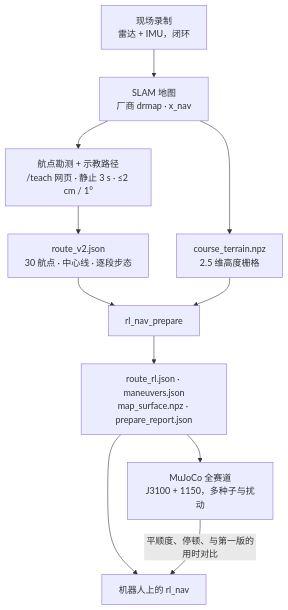
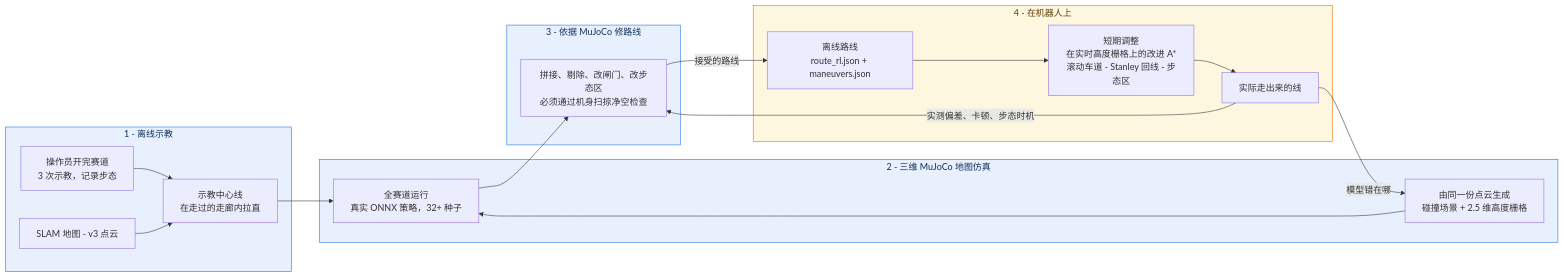
One commit to bowenwan6/goai26-s10-racing changed the third of 9 diagrams in README.zh.md. Above: the diagram before and after it, drawn with Mermaid. The commit also changed other lines of this file and 4 other files, not shown here.

````diff
--- a/README.zh.md
+++ b/README.zh.md
@@ -169,13 +171,36 @@
 ```mermaid
-flowchart TD
-  REC["现场录制<br/>雷达 + IMU，闭环"] --> MAP["SLAM 地图<br/>厂商 drmap · x_nav"]
-  MAP --> SURVEY["航点勘测 + 示教路径<br/>/teach 网页 · 静止 3 s · ≤2 cm / 1°"]
-  MAP --> TERR["course_terrain.npz<br/>2.5 维高度栅格"]
-  SURVEY --> ROUTE["route_v2.json<br/>30 航点 · 中心线 · 逐段步态"]
-  ROUTE --> PREP["rl_nav_prepare"]
-  TERR --> PREP
-  PREP --> ART["route_rl.json · maneuvers.json<br/>map_surface.npz · prepare_report.json"]
-  ART --> SIM["MuJoCo 全赛道<br/>J3100 + 1150，多种子与扰动"]
-  ART --> BOT["机器人上的 rl_nav"]
-  SIM -- "平顺度、停顿、与第一版的用时对比" --> BOT
+flowchart LR
+  subgraph OFFLINE["1 - 离线示教"]
+    DEMO["操作员开完赛道<br/>3 次示教，记录步态"]
+    MAP["SLAM 地图 - v3 点云"]
+    DEMO --> LINE["示教中心线<br/>在走过的走廊内拉直"]
+    MAP --> LINE
+  end
+
+  subgraph MUJOCO["2 - 三维 MuJoCo 地图仿真"]
+    SCENE["由同一份点云生成<br/>碰撞场景 + 2.5 维高度栅格"]
+    RUN["全赛道运行<br/>真实 ONNX 策略，32+ 种子"]
+    SCENE --> RUN
+  end
+
+  subgraph FIX["3 - 依据 MuJoCo 修路线"]
+    EDIT["拼接、剔除、改闸门、改步态区<br/>必须通过机身扫掠净空检查"]
+  end
+
+  subgraph FIELD["4 - 在机器人上"]
+    OFF["离线路线<br/>route_rl.json + maneuvers.json"]
+    SHORT["短期调整<br/>在实时高度栅格上的改进 A*<br/>滚动车道 - Stanley 回线 - 步态区"]
+    OFF --> SHORT --> DRIVE["实际走出来的线"]
+  end
+
+  LINE --> RUN
+  RUN --> EDIT
+  EDIT -- "接受的路线" --> OFF
+  DRIVE -- "实测偏差、卡顿、步态时机" --> EDIT
+  DRIVE -- "模型错在哪" --> SCENE
+
+  classDef s fill:#e8f0fe,stroke:#1a73e8,color:#10305e
+  classDef f fill:#fef7e0,stroke:#e8710a,color:#5c3c00
+  class OFFLINE,MUJOCO,FIX s
+  class FIELD f
 ```
````
